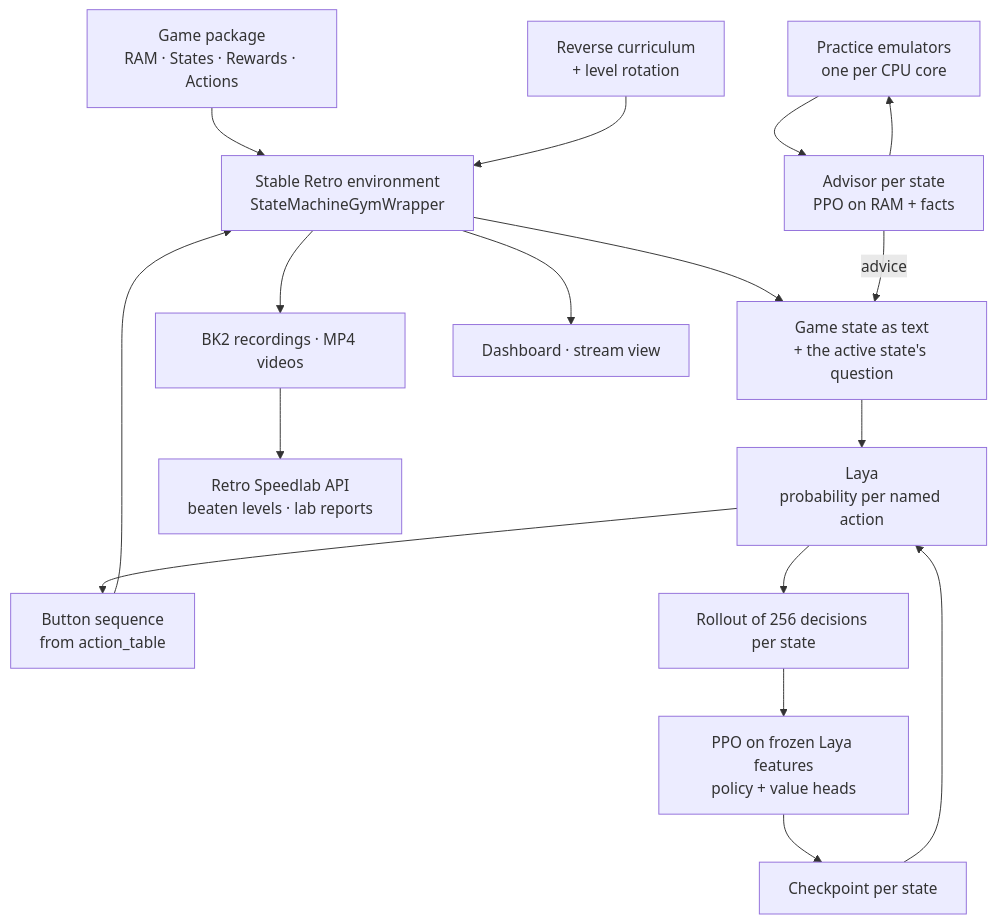
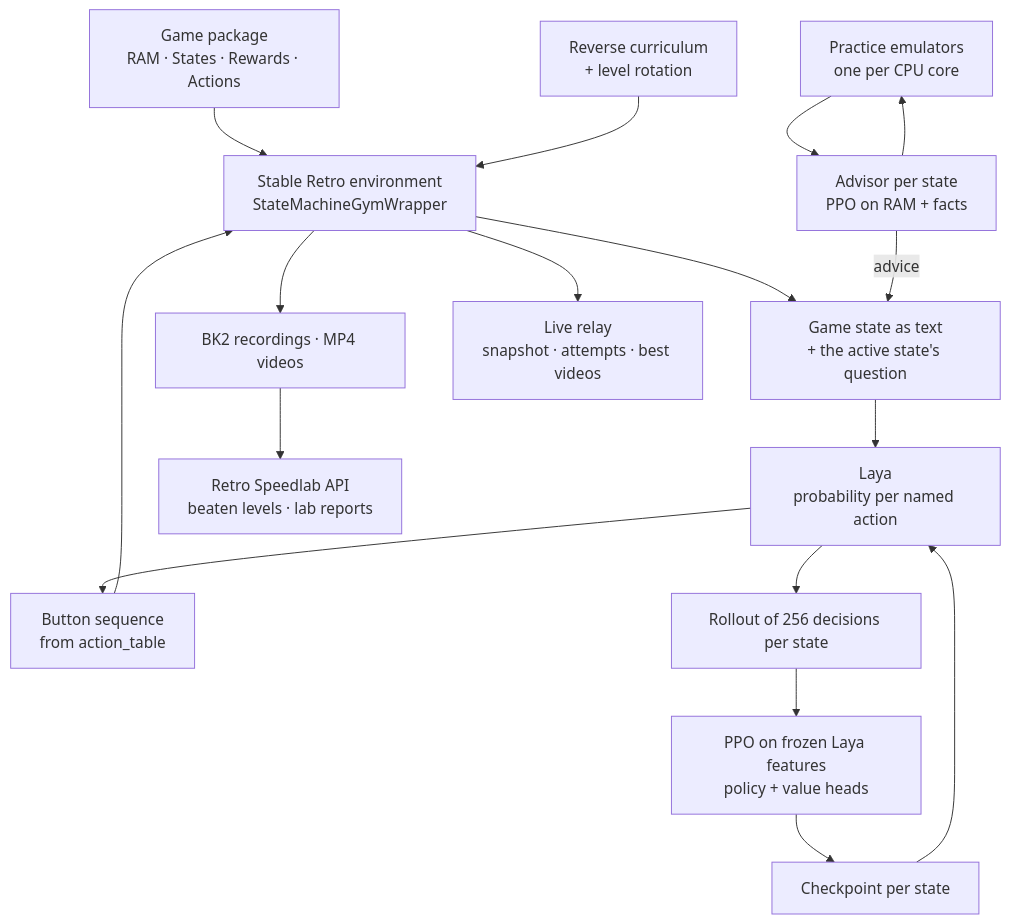
One commit to datenwissenschaften/retro-speedlab-core changed the diagram in README.md. Above: the diagram before and after it, drawn with Mermaid. The commit also changed other lines of this file and 47 other files, not shown here.

First line of the commit message:
feat(stream): the training relays snapshot, attempts and best videos to the backend; the dashboard and its local API are gone

````diff
--- a/README.md
+++ b/README.md
@@ -46,34 +46,34 @@
 ```mermaid
 flowchart TD
     Game["Game package<br/>RAM · States · Rewards · Actions"]
     Env["Stable Retro environment<br/>StateMachineGymWrapper"]
     Text["Game state as text<br/>+ the active state's question"]
     Laya["Laya<br/>probability per named action"]
     Practice["Practice emulators<br/>one per CPU core"]
     Advisor["Advisor per state<br/>PPO on RAM + facts"]
     Action["Button sequence<br/>from action_table"]
     Rollout["Rollout of 256 decisions per state"]
     Learner["PPO on frozen Laya features<br/>policy + value heads"]
     Models["Checkpoint per state"]
     Curriculum["Reverse curriculum<br/>+ level rotation"]
     Rec["BK2 recordings · MP4 videos"]
-    UI["Dashboard · stream view"]
+    UI["Live relay<br/>snapshot · attempts · best videos"]
     API["Retro Speedlab API<br/>beaten levels · lab reports"]
 
     Game --> Env
     Env --> Text
     Text --> Laya
     Laya --> Action
     Action --> Env
     Laya --> Rollout
     Practice --> Advisor
     Advisor --> Practice
     Advisor -- "advice" --> Text
     Rollout --> Learner
     Learner --> Models
     Models --> Laya
     Curriculum --> Env
     Env --> Rec
     Rec --> API
     Env --> UI
 ```
````
